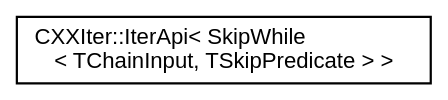
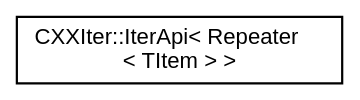
Before and after one commit to seijikun/CXXIter: the diagram in inherit_graph_10.dot, drawn with Graphviz. The commit also changed 54 other files, not shown here.

```diff
--- a/inherit_graph_10.dot
+++ b/inherit_graph_10.dot
@@ -1,10 +1,10 @@
 digraph "Graphical Class Hierarchy"
 {
  // INTERACTIVE_SVG=YES
  // LATEX_PDF_SIZE
   bgcolor="transparent";
   edge [fontname="Helvetica",fontsize="10",labelfontname="Helvetica",labelfontsize="10"];
   node [fontname="Helvetica",fontsize="10",shape=record];
   rankdir="LR";
-  Node0 [label="CXXIter::IterApi\< SkipWhile\l\< TChainInput, TSkipPredicate \> \>",height=0.2,width=0.4,color="black",URL="$classCXXIter_1_1IterApi.html",tooltip=" "];
+  Node0 [label="CXXIter::IterApi\< Repeater\l\< TItem \> \>",height=0.2,width=0.4,color="black",URL="$classCXXIter_1_1IterApi.html",tooltip=" "];
 }
```
